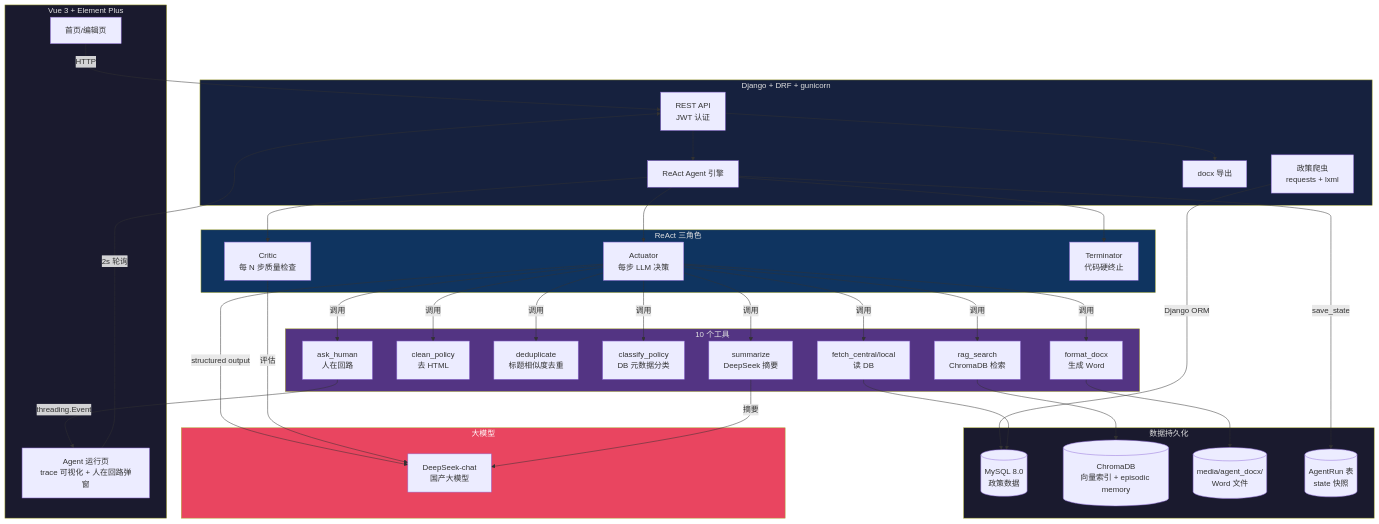
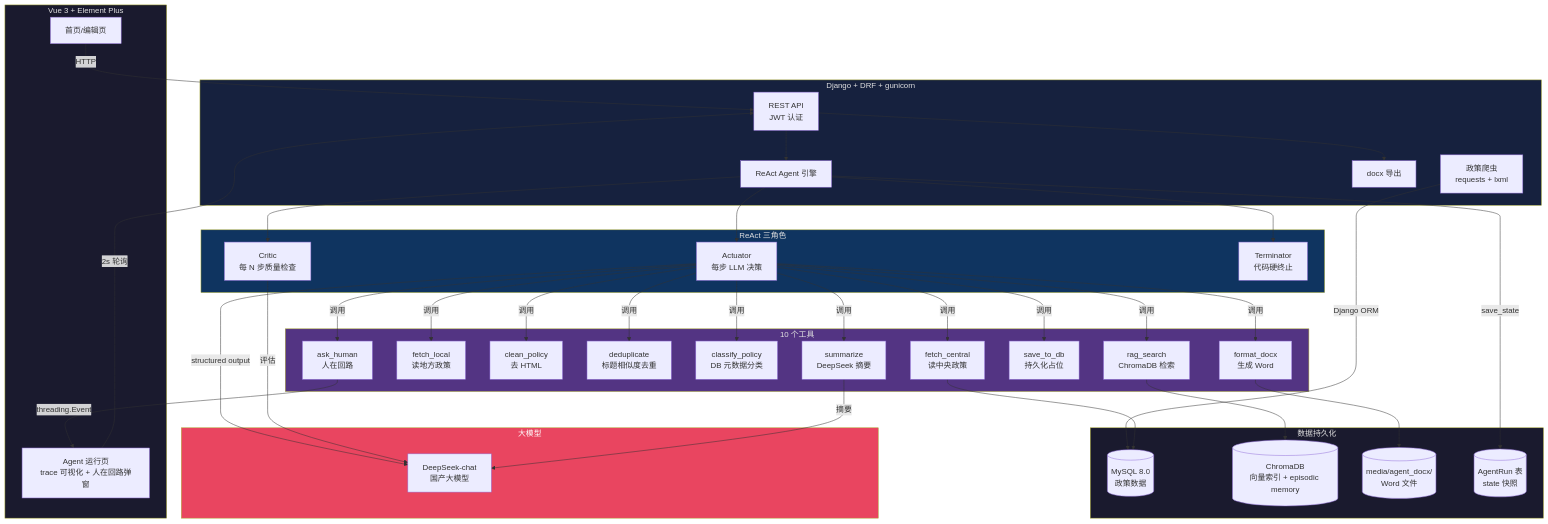
The diagram in README.md (shirleyyshi/policy_reporter), drawn with Mermaid before and after one commit. The commit also changed other lines of this file and 10 other files, not shown here.

````diff
--- a/README.md
+++ b/README.md
@@ -31,70 +31,72 @@
 ```mermaid
 graph TB
     subgraph 前端["Vue 3 + Element Plus"]
         UI[首页/编辑页]
         AgentUI[Agent 运行页<br/>trace 可视化 + 人在回路弹窗]
     end
 
     subgraph 后端["Django + DRF + gunicorn"]
         API[REST API<br/>JWT 认证]
         AgentEngine[ReAct Agent 引擎]
         Crawler[政策爬虫<br/>requests + lxml]
         Export[docx 导出]
     end
 
     subgraph Agent内核["ReAct 三角色"]
         Actuator[Actuator<br/>每步 LLM 决策]
         Critic[Critic<br/>每 N 步质量检查]
         Terminator[Terminator<br/>代码硬终止]
     end
 
     subgraph 工具层["10 个工具"]
-        T1[fetch_central/local<br/>读 DB]
-        T2[clean_policy<br/>去 HTML]
-        T3[deduplicate<br/>标题相似度去重]
-        T4[classify_policy<br/>DB 元数据分类]
-        T5[summarize<br/>DeepSeek 摘要]
-        T6[rag_search<br/>ChromaDB 检索]
-        T7[format_docx<br/>生成 Word]
-        T8[ask_human<br/>人在回路]
+        T1[fetch_central<br/>读中央政策]
+        T2[fetch_local<br/>读地方政策]
+        T3[clean_policy<br/>去 HTML]
+        T4[deduplicate<br/>标题相似度去重]
+        T5[classify_policy<br/>DB 元数据分类]
+        T6[summarize<br/>DeepSeek 摘要]
+        T7[rag_search<br/>ChromaDB 检索]
+        T8[save_to_db<br/>持久化占位]
+        T9[format_docx<br/>生成 Word]
+        T10[ask_human<br/>人在回路]
     end
 
     subgraph 数据层["数据持久化"]
         MySQL[(MySQL 8.0<br/>政策数据)]
         Chroma[(ChromaDB<br/>向量索引 + episodic memory)]
         Docx[(media/agent_docx/<br/>Word 文件)]
         AgentRun[(AgentRun 表<br/>state 快照)]
     end
 
     subgraph LLM["大模型"]
         DeepSeek[DeepSeek-chat<br/>国产大模型]
     end
 
     UI -->|HTTP| API
     AgentUI -->|2s 轮询| API
     API --> AgentEngine
     API --> Export
     Crawler -->|Django ORM| MySQL
 
     AgentEngine --> Actuator
     AgentEngine --> Critic
     AgentEngine --> Terminator
 
-    Actuator -->|调用| T1 & T2 & T3 & T4 & T5 & T6 & T7 & T8
+    Actuator -->|调用| T1 & T2 & T3 & T4 & T5 & T6 & T7 & T8 & T9 & T10
     Actuator -->|structured output| DeepSeek
     Critic -->|评估| DeepSeek
-    T5 -->|摘要| DeepSeek
+    T6 -->|摘要| DeepSeek
 
     T1 --> MySQL
-    T6 --> Chroma
-    T7 --> Docx
+    T7 --> Chroma
+    T9 --> Docx
     AgentEngine -->|save_state| AgentRun
-    T8 -->|threading.Event| AgentUI
+    T10 -->|threading.Event| AgentUI
 
     style 前端 fill:#1a1a2e,color:#e0e0e0
     style 后端 fill:#16213e,color:#e0e0e0
     style Agent内核 fill:#0f3460,color:#e0e0e0
     style 工具层 fill:#533483,color:#e0e0e0
     style 数据层 fill:#1a1a2e,color:#e0e0e0
     style LLM fill:#e94560,color:#ffffff
 ```
````
